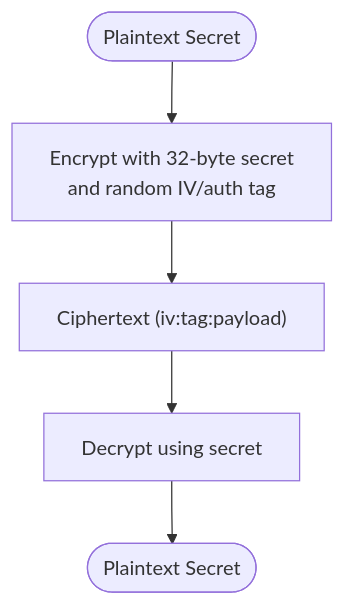
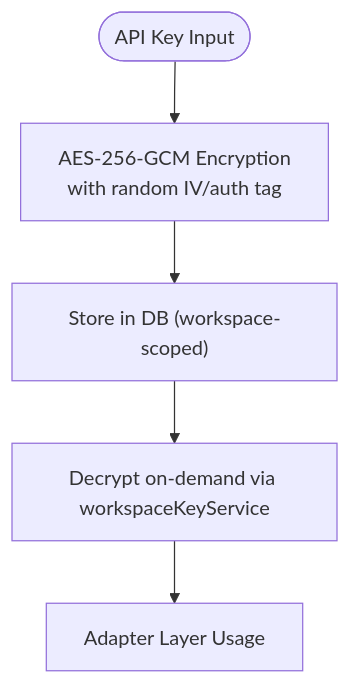
One commit to shekhargiri005-dotcom/AI-powered-accessibility-first-UI-engine changed the fifth of 11 diagrams in .qoder/repowiki/en/content/Security & Privacy/Security & Privacy.md. Above: the diagram before and after it, drawn with Mermaid. The commit also changed other lines of this file and 10 other files, not shown here.

````diff
--- a/.qoder/repowiki/en/content/Security & Privacy/Security & Privacy.md
+++ b/.qoder/repowiki/en/content/Security & Privacy/Security & Privacy.md
@@ -184,7 +250,7 @@
 ```mermaid
 flowchart TD
-In(["Plaintext Secret"]) --> Encrypt["Encrypt with 32-byte secret<br/>and random IV/auth tag"]
-Encrypt --> Cipher["Ciphertext (iv:tag:payload)"]
-Cipher --> Decrypt["Decrypt using secret"]
-Decrypt --> Out(["Plaintext Secret"])
+In(["API Key Input"]) --> Encrypt["AES-256-GCM Encryption<br/>with random IV/auth tag"]
+Encrypt --> Store["Store in DB (workspace-scoped)"]
+Store --> Decrypt["Decrypt on-demand via workspaceKeyService"]
+Decrypt --> Adapter["Adapter Layer Usage"]
 ```
````
